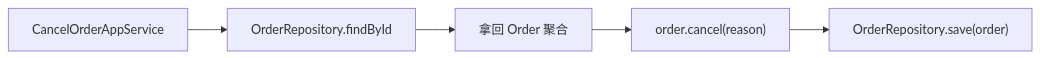
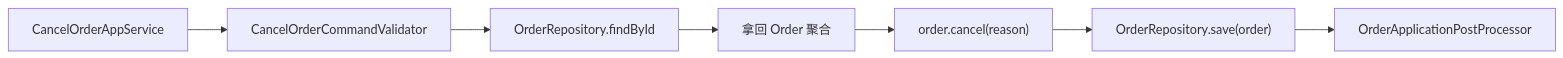
The fifth of 5 diagrams in docs/how-to-read-ddd-demo.md (IanAqkj10/ddd-demo), drawn with Mermaid before and after one commit. The commit also changed other lines of this file and 22 other files, not shown here.

````diff
--- a/docs/how-to-read-ddd-demo.md
+++ b/docs/how-to-read-ddd-demo.md
@@ -192,7 +236,9 @@
 ```mermaid
 flowchart LR
-    A["CancelOrderAppService"] --> B["OrderRepository.findById"]
-    B --> C["拿回 Order 聚合"]
-    C --> D["order.cancel(reason)"]
-    D --> E["OrderRepository.save(order)"]
+    A["CancelOrderAppService"] --> B["CancelOrderCommandValidator"]
+    B --> C["OrderRepository.findById"]
+    C --> D["拿回 Order 聚合"]
+    D --> E["order.cancel(reason)"]
+    E --> F["OrderRepository.save(order)"]
+    F --> G["OrderApplicationPostProcessor"]
 ```
````
